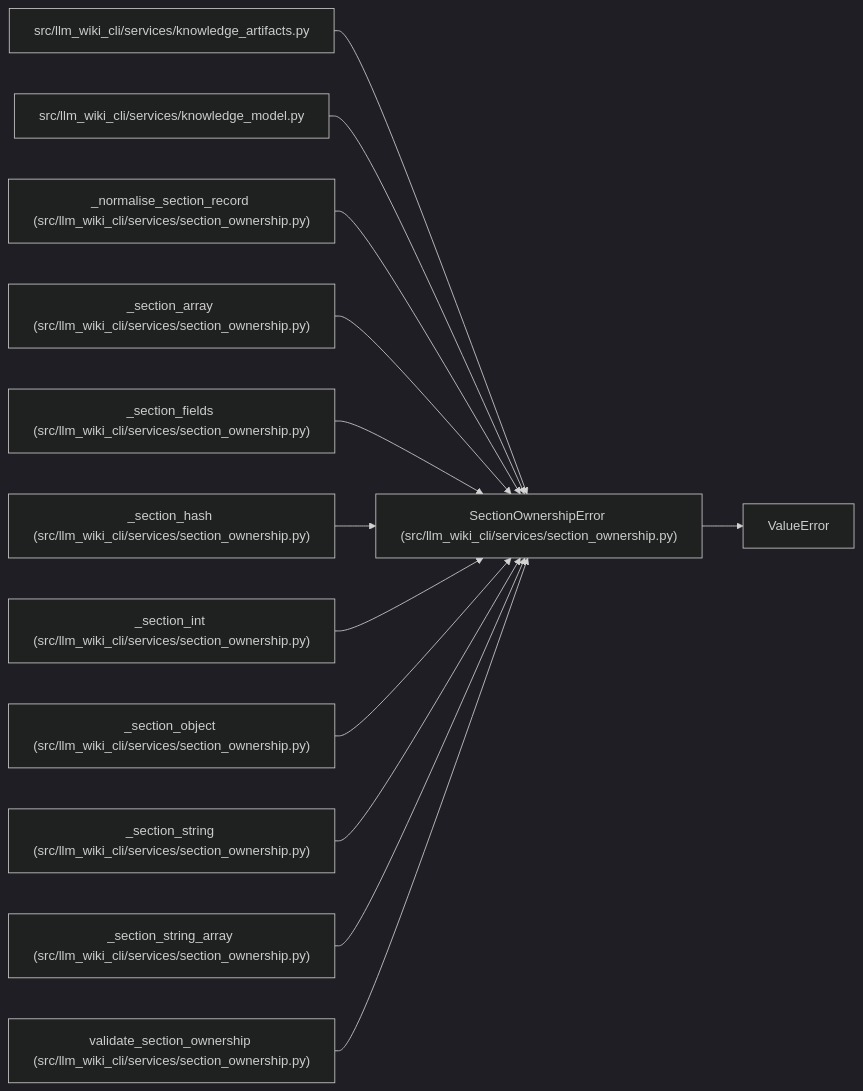
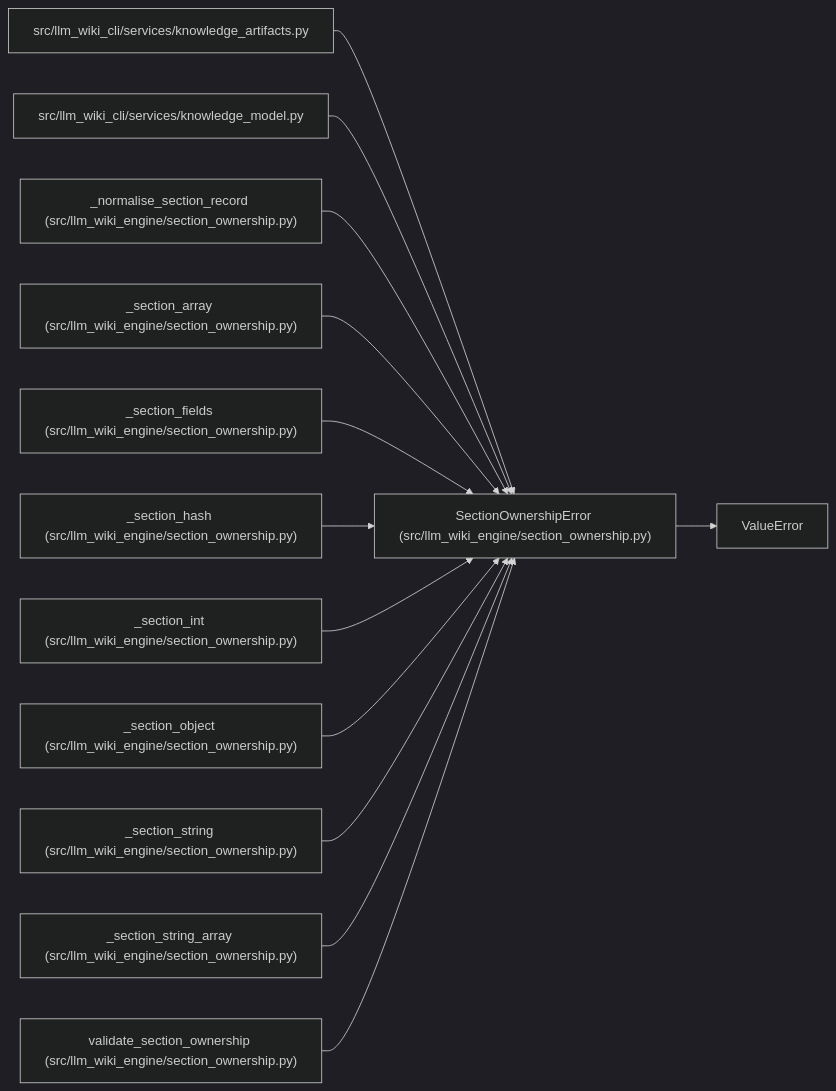
One commit to Denissvgn/python-wiki-llm changed the diagram in docs/llm_wiki/entities/SectionOwnershipError.md. Above: the diagram before and after it, drawn with Mermaid (dark theme). The commit also changed other lines of this file and 1103 other files, not shown here.

First line of the commit message:
docs: refresh the wiki for the llm-wiki-engine distribution

````diff
--- a/docs/llm_wiki/entities/SectionOwnershipError.md
+++ b/docs/llm_wiki/entities/SectionOwnershipError.md
@@ -25,40 +25,40 @@
 ```mermaid
 flowchart LR
-    n0["SectionOwnershipError (src/llm_wiki_cli/services/section_ownership.py)"]
+    n0["SectionOwnershipError (src/llm_wiki_engine/section_ownership.py)"]
     n1["ValueError"]
     n2["src/llm_wiki_cli/services/knowledge_artifacts.py"]
     n3["src/llm_wiki_cli/services/knowledge_model.py"]
-    n4["_normalise_section_record (src/llm_wiki_cli/services/section_ownership.py)"]
-    n5["_section_array (src/llm_wiki_cli/services/section_ownership.py)"]
-    n6["_section_fields (src/llm_wiki_cli/services/section_ownership.py)"]
-    n7["_section_hash (src/llm_wiki_cli/services/section_ownership.py)"]
-    n8["_section_int (src/llm_wiki_cli/services/section_ownership.py)"]
-    n9["_section_object (src/llm_wiki_cli/services/section_ownership.py)"]
-    n10["_section_string (src/llm_wiki_cli/services/section_ownership.py)"]
-    n11["_section_string_array (src/llm_wiki_cli/services/section_ownership.py)"]
-    n12["validate_section_ownership (src/llm_wiki_cli/services/section_ownership.py)"]
+    n4["_normalise_section_record (src/llm_wiki_engine/section_ownership.py)"]
+    n5["_section_array (src/llm_wiki_engine/section_ownership.py)"]
+    n6["_section_fields (src/llm_wiki_engine/section_ownership.py)"]
+    n7["_section_hash (src/llm_wiki_engine/section_ownership.py)"]
+    n8["_section_int (src/llm_wiki_engine/section_ownership.py)"]
+    n9["_section_object (src/llm_wiki_engine/section_ownership.py)"]
+    n10["_section_string (src/llm_wiki_engine/section_ownership.py)"]
+    n11["_section_string_array (src/llm_wiki_engine/section_ownership.py)"]
+    n12["validate_section_ownership (src/llm_wiki_engine/section_ownership.py)"]
     n0 --> n1
     n2 --> n0
     n3 --> n0
     n4 --> n0
     n5 --> n0
     n6 --> n0
     n7 --> n0
     n8 --> n0
     n9 --> n0
     n10 --> n0
     n11 --> n0
     n12 --> n0
     click n0 "../modules/section_ownership.md"
     click n2 "../modules/knowledge_artifacts.md"
     click n3 "../modules/knowledge_model.md"
     click n4 "../modules/section_ownership.md"
     click n5 "../modules/section_ownership.md"
     click n6 "../modules/section_ownership.md"
     click n7 "../modules/section_ownership.md"
     click n8 "../modules/section_ownership.md"
     click n9 "../modules/section_ownership.md"
     click n10 "../modules/section_ownership.md"
     click n11 "../modules/section_ownership.md"
     click n12 "../modules/section_ownership.md"
 ```
````
